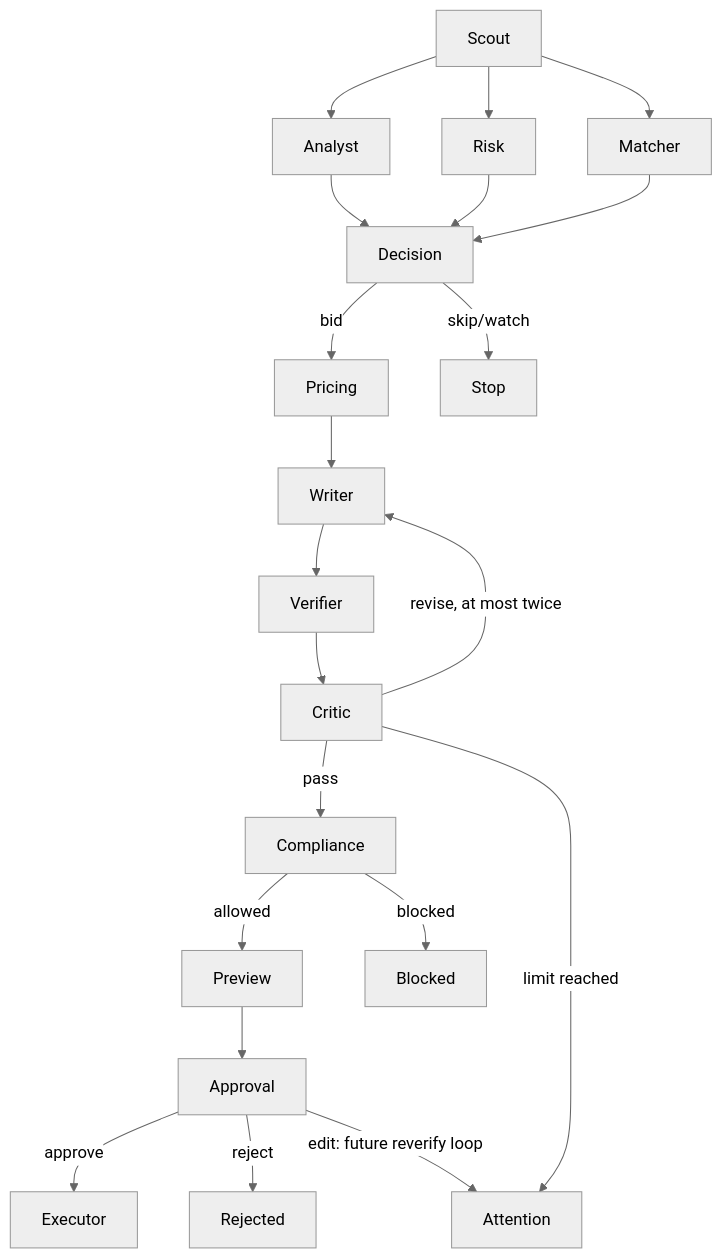
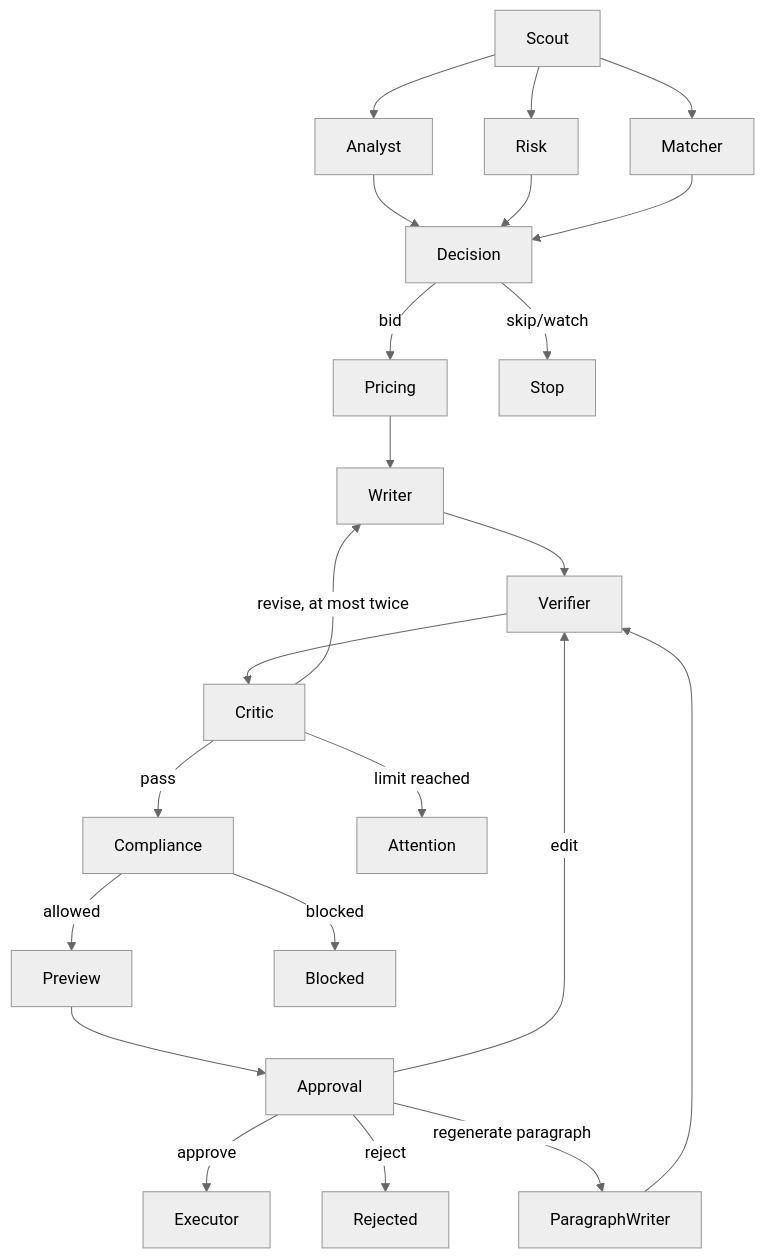
Before and after one commit to raahim-ibrar/GigBidA2: the first of 2 diagrams in docs/ARCHITECTURE.md, drawn with Mermaid (neutral theme). The commit also changed other lines of this file and 63 other files, not shown here.

````diff
--- a/docs/ARCHITECTURE.md
+++ b/docs/ARCHITECTURE.md
@@ -5,20 +8,22 @@
 ```mermaid
 flowchart TD
   Scout --> Analyst
   Scout --> Risk
   Scout --> Matcher
   Analyst --> Decision
   Risk --> Decision
   Matcher --> Decision
   Decision -->|bid| Pricing
   Decision -->|skip/watch| Stop
   Pricing --> Writer --> Verifier --> Critic
   Critic -->|pass| Compliance
   Critic -->|revise, at most twice| Writer
   Critic -->|limit reached| Attention
   Compliance -->|allowed| Preview --> Approval
   Compliance -->|blocked| Blocked
   Approval -->|approve| Executor
   Approval -->|reject| Rejected
-  Approval -->|edit: future reverify loop| Attention
+  Approval -->|edit| Verifier
+  Approval -->|regenerate paragraph| ParagraphWriter
+  ParagraphWriter --> Verifier
 ```
````
